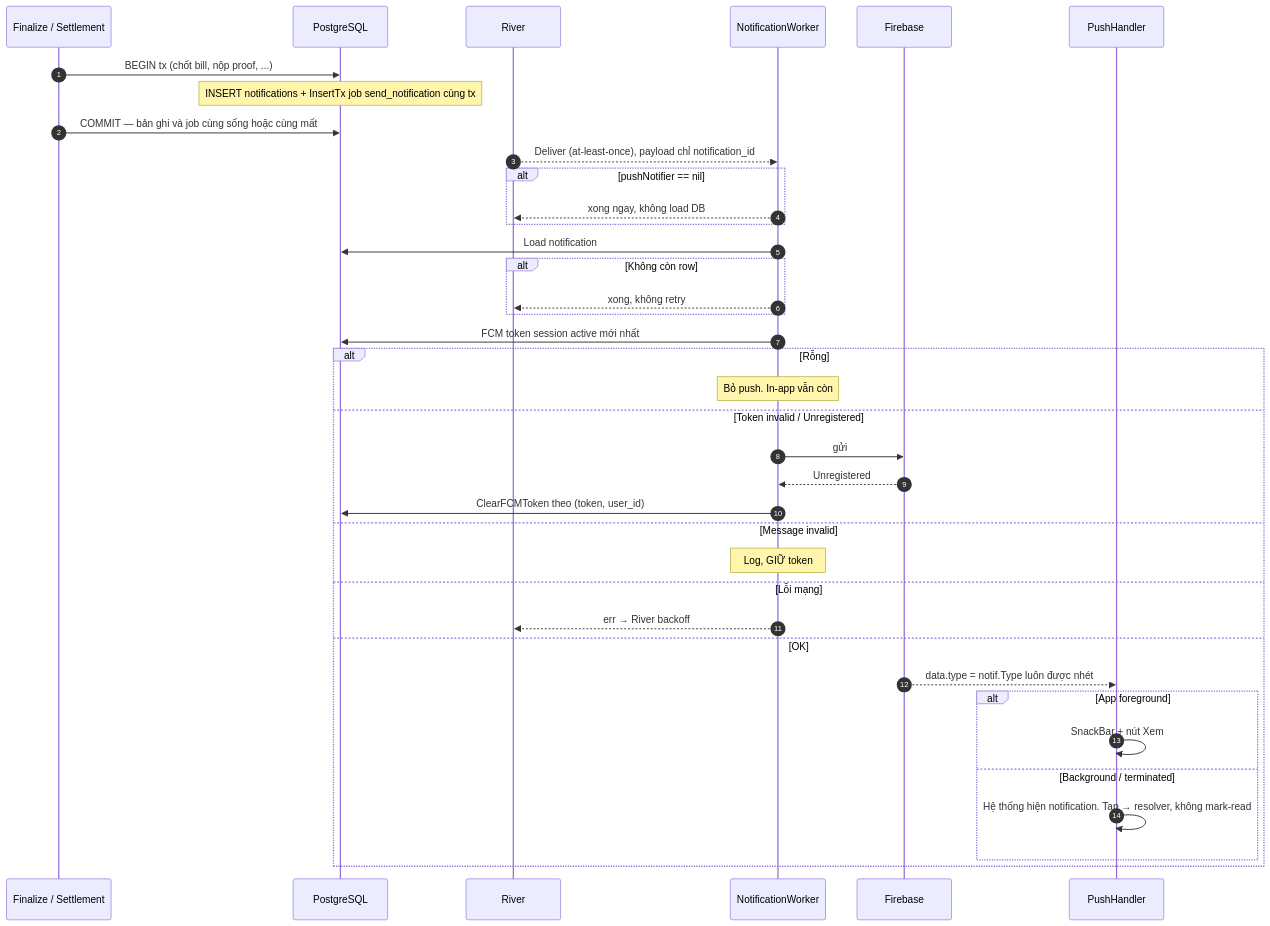
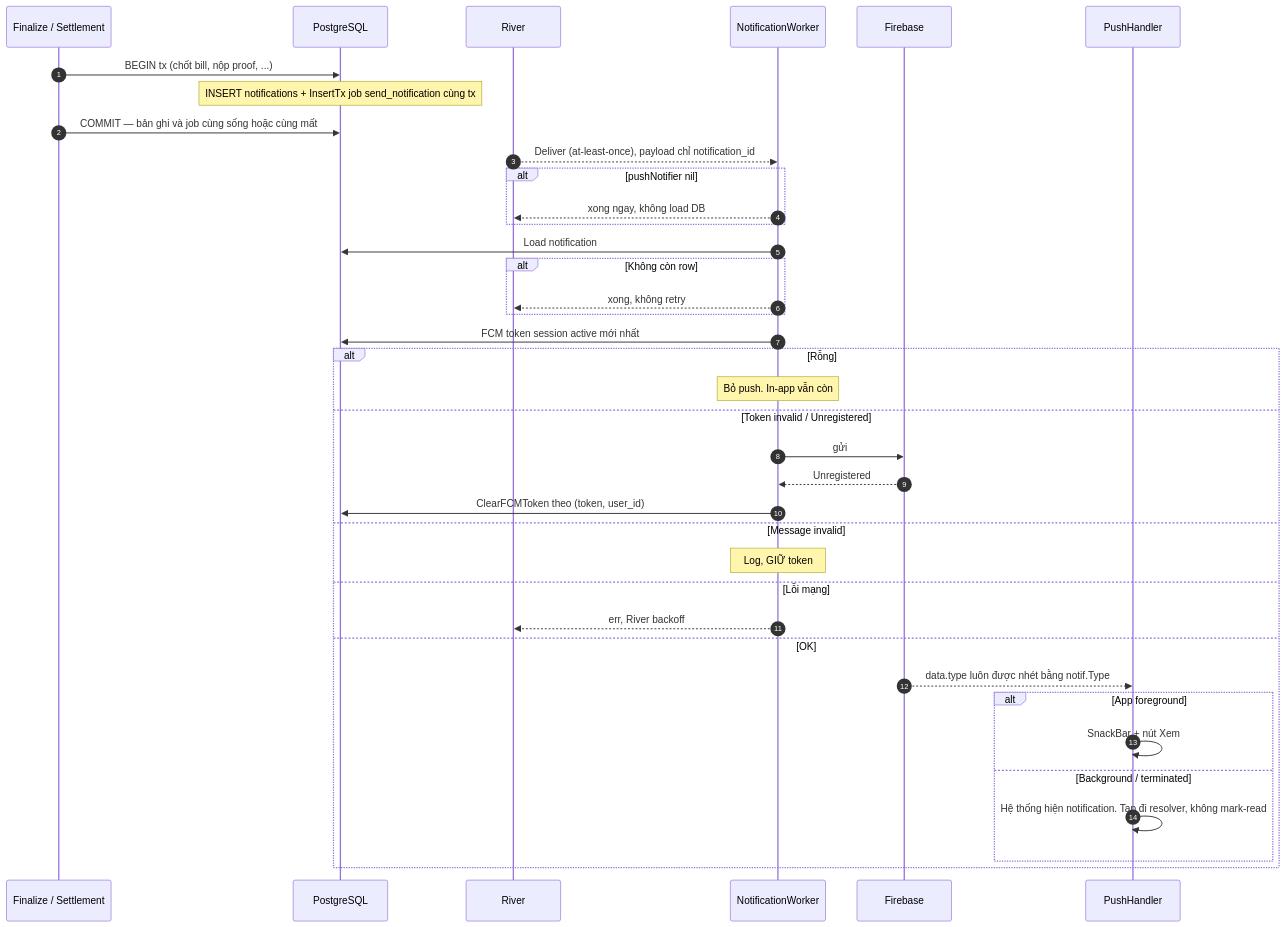
One commit to FintechVSF-Tranning/PaySplit-RP changed the first of 5 diagrams in flow/05-notification.md. Above: the diagram before and after it, drawn with Mermaid. The commit also changed other lines of this file and 7 other files, not shown here.

First line of the commit message:
Refactor notification flow and admin management documentation

````diff
--- a/flow/05-notification.md
+++ b/flow/05-notification.md
@@ -80,42 +80,42 @@
 ```mermaid
 sequenceDiagram
     autonumber
     participant P as Finalize / Settlement
     participant DB as PostgreSQL
     participant Q as River
     participant W as NotificationWorker
     participant FCM as Firebase
     participant FE as PushHandler
 
     P->>DB: BEGIN tx (chốt bill, nộp proof, ...)
     Note over DB: INSERT notifications + InsertTx job send_notification cùng tx
     P->>DB: COMMIT — bản ghi và job cùng sống hoặc cùng mất
 
     Q-->>W: Deliver (at-least-once), payload chỉ notification_id
-    alt pushNotifier == nil
+    alt pushNotifier nil
         W-->>Q: xong ngay, không load DB
     end
     W->>DB: Load notification
     alt Không còn row
         W-->>Q: xong, không retry
     end
     W->>DB: FCM token session active mới nhất
     alt Rỗng
         Note over W: Bỏ push. In-app vẫn còn
     else Token invalid / Unregistered
         W->>FCM: gửi
         FCM-->>W: Unregistered
         W->>DB: ClearFCMToken theo (token, user_id)
     else Message invalid
         Note over W: Log, GIỮ token
     else Lỗi mạng
-        W-->>Q: err → River backoff
+        W-->>Q: err, River backoff
     else OK
-        FCM-->>FE: data.type = notif.Type luôn được nhét
+        FCM-->>FE: data.type luôn được nhét bằng notif.Type
         alt App foreground
             FE->>FE: SnackBar + nút Xem
         else Background / terminated
-            FE->>FE: Hệ thống hiện notification. Tap → resolver, không mark-read
+            FE->>FE: Hệ thống hiện notification. Tap đi resolver, không mark-read
         end
     end
 ```
````
